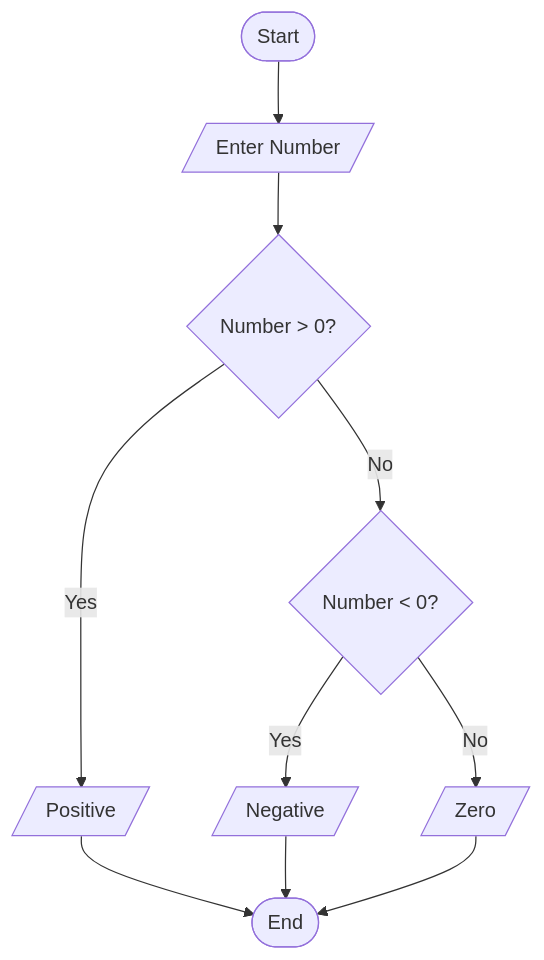
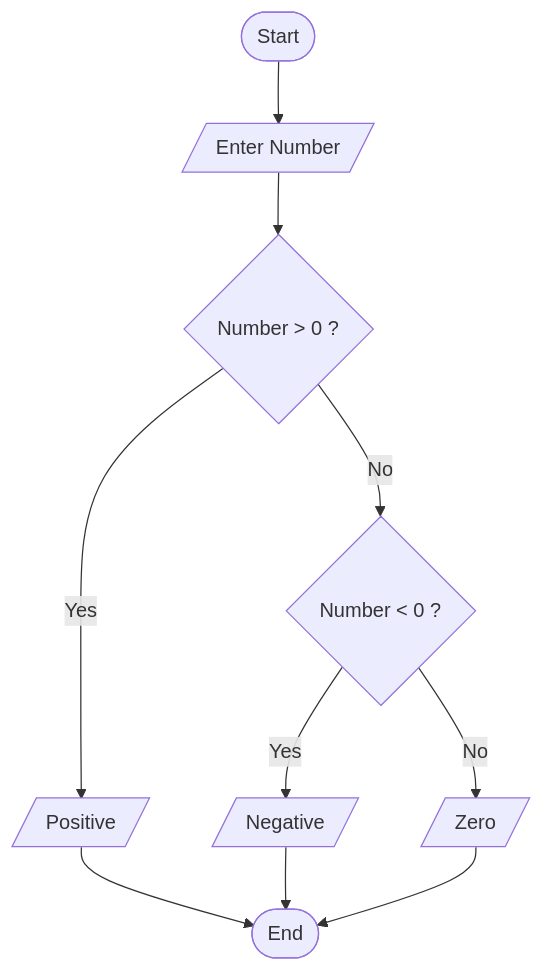
Before and after one commit to cwa-web/BasicPythonPrograms: the sixth of 20 diagrams in README.md, drawn with Mermaid. The commit also changed other lines of this file, not shown here.

First line of the commit message:
Refactor flow diagrams to use Mermaid syntax

````diff
--- a/README.md
+++ b/README.md
@@ -207,12 +219,12 @@
   ```mermaid
   flowchart TD
       A([Start]) --> B[/Enter Number/]
-      B --> C{Number > 0?}
+      B --> C{"Number > 0 ?"}
       C -- Yes --> D[/Positive/]
-      C -- No --> E{Number < 0?}
+      C -- No --> E{"Number < 0 ?"}
       E -- Yes --> F[/Negative/]
       E -- No --> G[/Zero/]
       D --> H([End])
       F --> H
       G --> H
   ```
````
